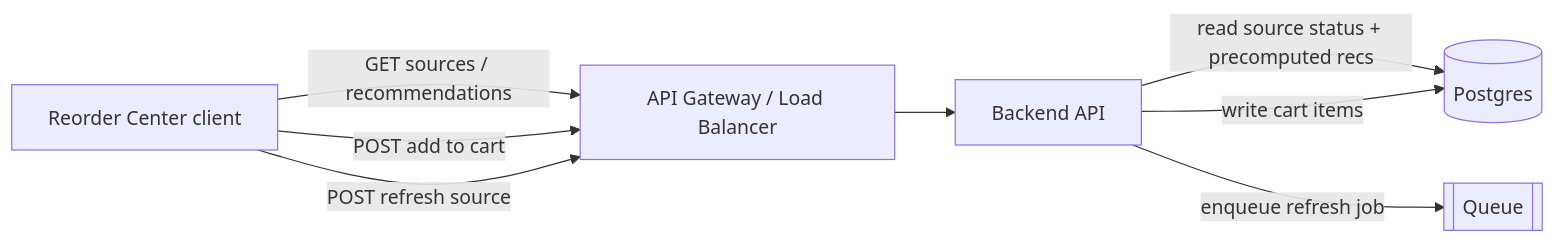
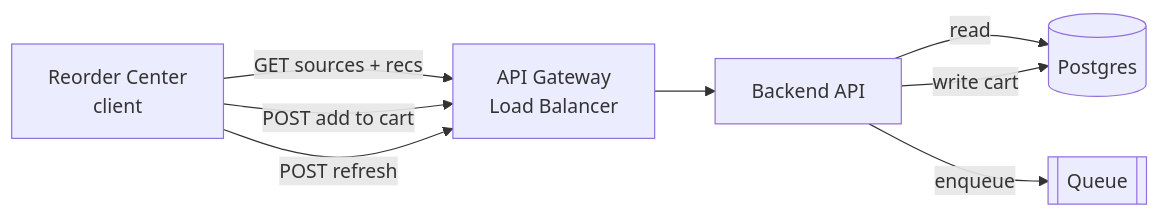
The first of 2 diagrams in src/content/work/inventory-reorder-design.md (chrischo360/portfolio), drawn with Mermaid before and after one commit. The commit also changed other lines of this file and 1 other file, not shown here.

Commit message:
clipping

````diff
--- a/src/content/work/inventory-reorder-design.md
+++ b/src/content/work/inventory-reorder-design.md
@@ -367,16 +367,16 @@
 ```mermaid
 flowchart LR
-  Client[Reorder Center client]
-  Gateway[API Gateway / Load Balancer]
+  Client[Reorder Center<br/>client]
+  Gateway[API Gateway<br/>Load Balancer]
   API[Backend API]
   DB[(Postgres)]
   Queue[[Queue]]
 
-  Client -->|GET sources / recommendations| Gateway
+  Client -->|GET sources + recs| Gateway
   Client -->|POST add to cart| Gateway
-  Client -->|POST refresh source| Gateway
+  Client -->|POST refresh| Gateway
   Gateway --> API
-  API -->|read source status + precomputed recs| DB
-  API -->|write cart items| DB
-  API -->|enqueue refresh job| Queue
+  API -->|read| DB
+  API -->|write cart| DB
+  API -->|enqueue| Queue
 ```
````
